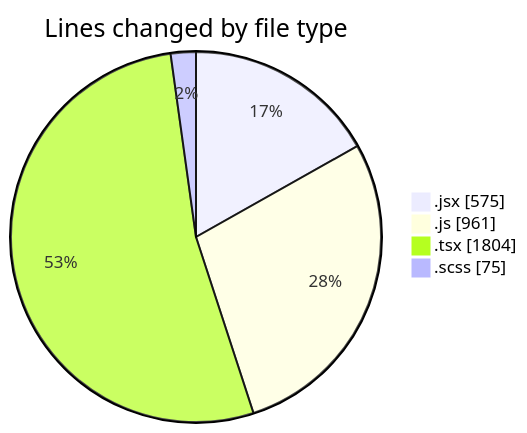
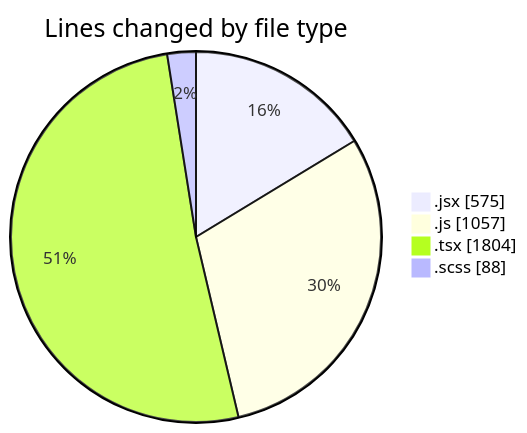
The first of 2 diagrams in 2026-02-12/cda/README.md (momahboobian/code-tracking), drawn with Mermaid before and after one commit. The commit also changed other lines of this file and 1 other file, not shown here.

````diff
--- a/2026-02-12/cda/README.md
+++ b/2026-02-12/cda/README.md
@@ -30,8 +31,8 @@
 ```mermaid
 pie showData
 title Lines changed by file type
 ".jsx" : 575
-".js" : 961
+".js" : 1057
 ".tsx" : 1804
-".scss" : 75
+".scss" : 88
 ```
````
